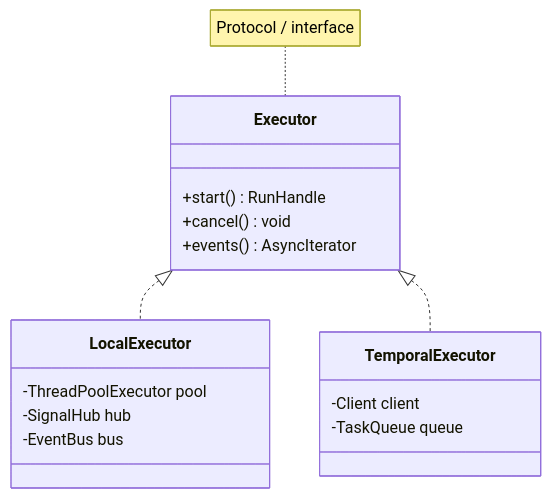
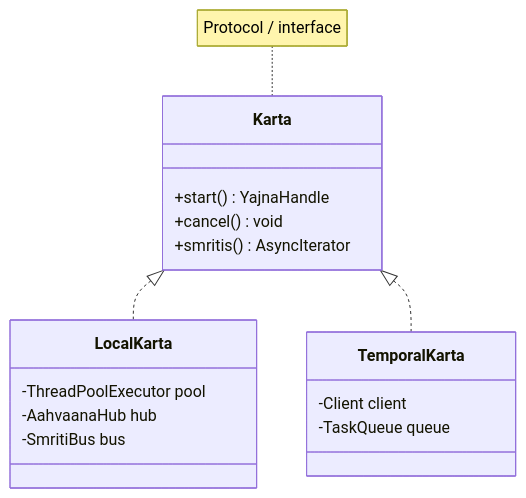
One commit to so-weak/Aakaar changed the ninth of 12 diagrams in documentation/src/02-LLD.md. Above: the diagram before and after it, drawn with Mermaid. The commit also changed other lines of this file and 56 other files, not shown here.

````diff
--- a/documentation/src/02-LLD.md
+++ b/documentation/src/02-LLD.md
@@ -314,20 +309,20 @@
 ```mermaid
 classDiagram
-  class Executor {
-    +start() RunHandle
+  class Karta {
+    +start() YajnaHandle
     +cancel() void
-    +events() AsyncIterator
+    +smritis() AsyncIterator
   }
-  class LocalExecutor {
+  class LocalKarta {
     -ThreadPoolExecutor pool
-    -SignalHub hub
-    -EventBus bus
+    -AahvaanaHub hub
+    -SmritiBus bus
   }
-  class TemporalExecutor {
+  class TemporalKarta {
     -Client client
     -TaskQueue queue
   }
-  Executor <|.. LocalExecutor
-  Executor <|.. TemporalExecutor
-  note for Executor "Protocol / interface"
+  Karta <|.. LocalKarta
+  Karta <|.. TemporalKarta
+  note for Karta "Protocol / interface"
 ```
````
